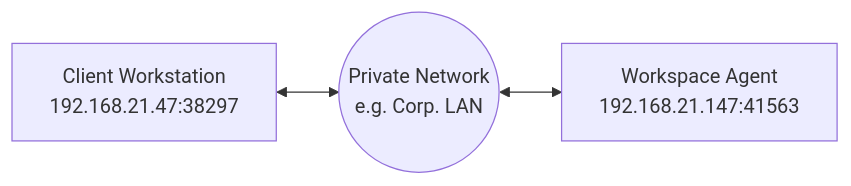
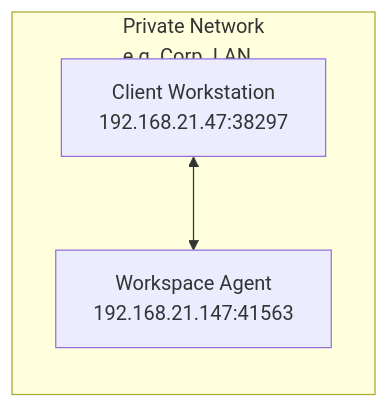
Before and after one commit to coder/coder: the first of 4 diagrams in docs/networking/index.md, drawn with Mermaid. The commit also changed other lines of this file, not shown here.

Commit message:
add more scenarios and diagrams

````diff
--- a/docs/networking/index.md
+++ b/docs/networking/index.md
@@ -120,8 +120,8 @@
     ```mermaid
     flowchart LR
+        subgraph corpnet["Private Network\ne.g. Corp. LAN"]
         A[Client Workstation\n192.168.21.47:38297]
-        B((Private Network\ne.g. Corp. LAN))
         C[Workspace Agent\n192.168.21.147:41563]
-        A <--> B
-        B <--> C
+        A <--> C
+        end
     ```
````
